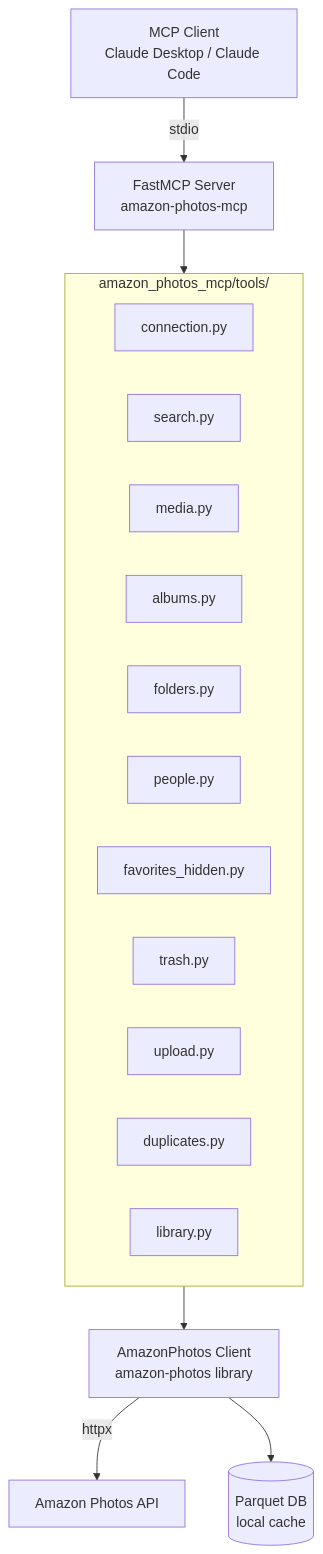
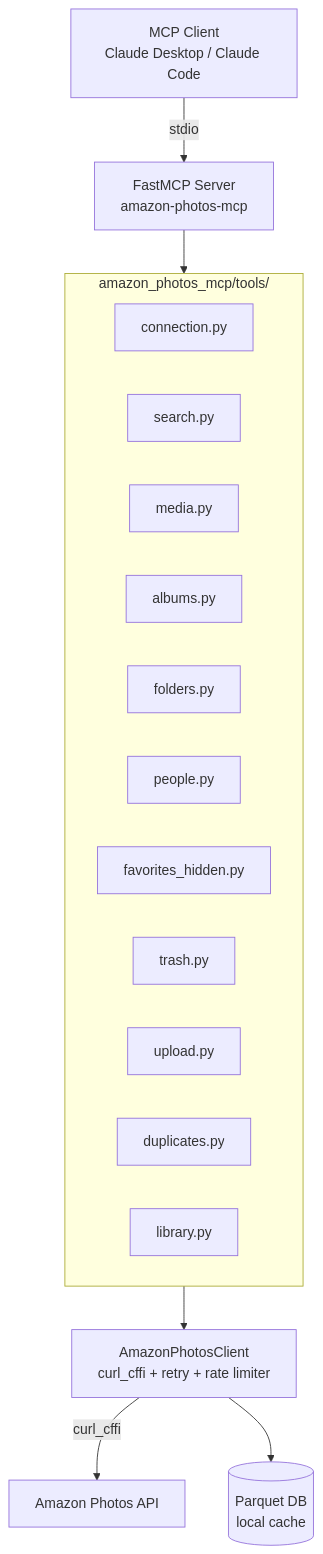
Before and after one commit to jmattwhitt/amazon-photos-mcp: the diagram in README.md, drawn with Mermaid. The commit also changed other lines of this file, not shown here.

First line of the commit message:
docs: remove stale Trevor credit from README; fix architecture diagram

````diff
--- a/README.md
+++ b/README.md
@@ -11,23 +11,23 @@
 ```mermaid
 graph TD
     MCP[MCP Client<br/>Claude Desktop / Claude Code] -->|stdio| FastMCP
     FastMCP[FastMCP Server<br/>amazon-photos-mcp] --> Tools
 
     subgraph Tools["amazon_photos_mcp/tools/"]
         connection[connection.py]
         search[search.py]
         media[media.py]
         albums[albums.py]
         folders[folders.py]
         people[people.py]
         favorites[favorites_hidden.py]
         trash[trash.py]
         upload[upload.py]
         duplicates[duplicates.py]
         library[library.py]
     end
 
-    Tools --> Client[AmazonPhotos Client<br/>amazon-photos library]
-    Client -->|httpx| API[Amazon Photos API]
+    Tools --> Client[AmazonPhotosClient<br/>curl_cffi + retry + rate limiter]
+    Client -->|curl_cffi| API[Amazon Photos API]
     Client --> DB[(Parquet DB<br/>local cache)]
 ```
````
